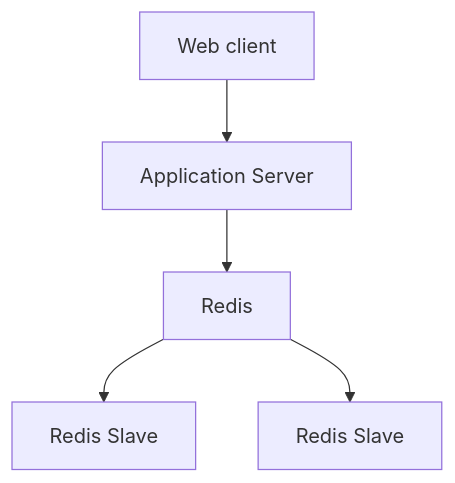
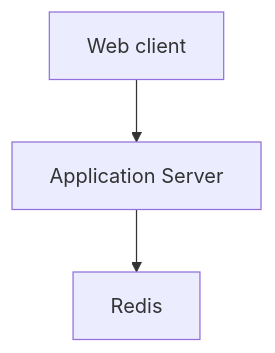
Before and after one commit to ngvutrkien/99tech-coding-challenge: the first of 4 diagrams in problem6/README.md, drawn with Mermaid. The commit also changed other lines of this file, not shown here.

````diff
--- a/problem6/README.md
+++ b/problem6/README.md
@@ -38,7 +36,5 @@
 ```mermaid
 flowchart TD
     A[Web client] --> B[Application Server];
     B --> C[Redis];
-    C --> D[Redis Slave];
-    C --> E[Redis Slave];
 ```
````
